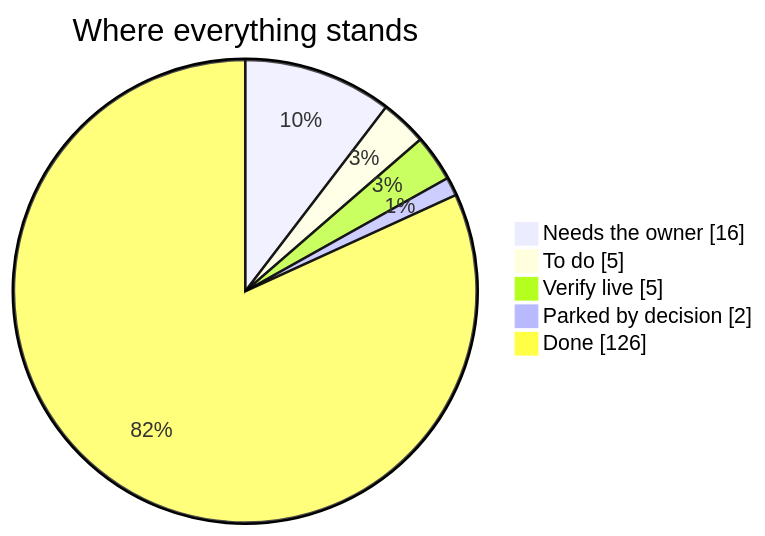
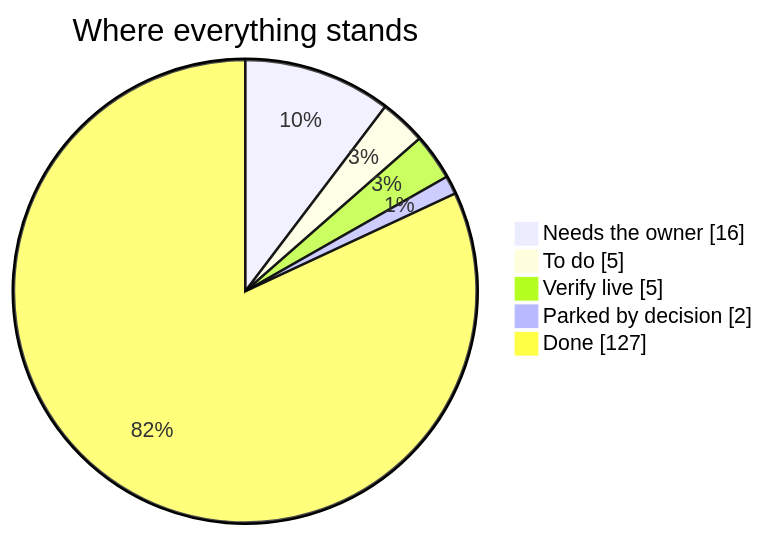
Before and after one commit to divitkej/gradlink: the diagram in launch-board/README.md, drawn with Mermaid. The commit also changed other lines of this file and 4 other files, not shown here.

````diff
--- a/launch-board/README.md
+++ b/launch-board/README.md
@@ -11,9 +11,9 @@
 ```mermaid
 pie showData
   title Where everything stands
   "Needs the owner" : 16
   "To do" : 5
   "Verify live" : 5
   "Parked by decision" : 2
-  "Done" : 126
+  "Done" : 127
 ```
````
